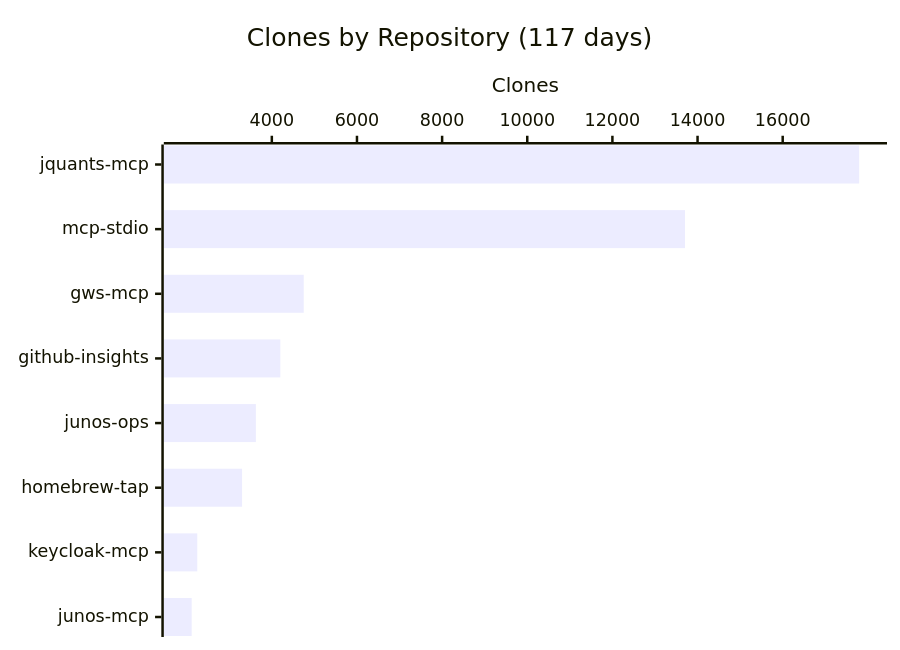
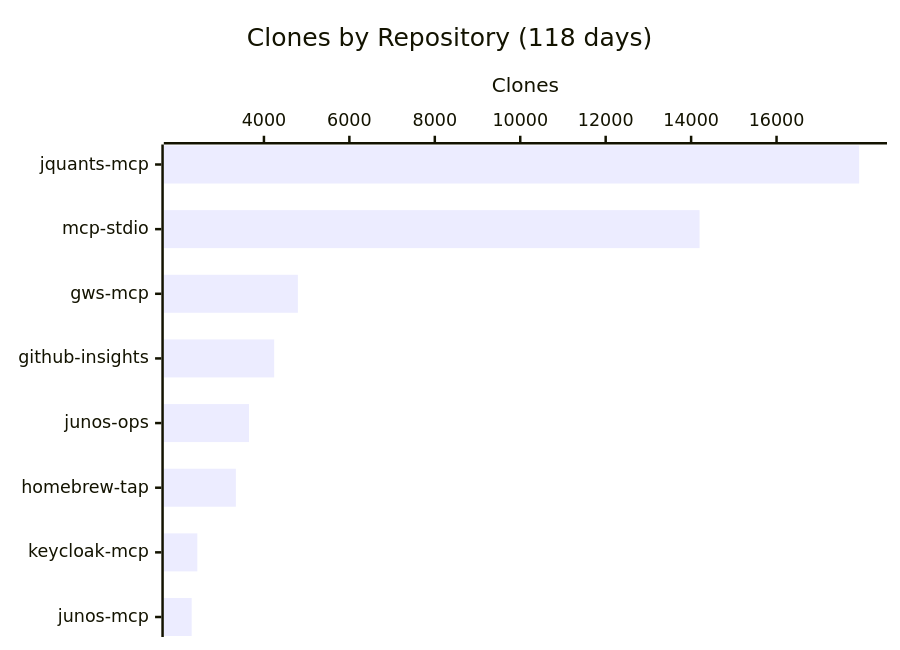
The fourth of 4 diagrams in README.md (shigechika/github-insights), drawn with Mermaid before and after one commit. The commit also changed other lines of this file and 2 other files, not shown here.

````diff
--- a/README.md
+++ b/README.md
@@ -58,7 +58,7 @@
 ```mermaid
 xychart-beta horizontal
-    title "Clones by Repository (117 days)"
+    title "Clones by Repository (118 days)"
     x-axis ["jquants-mcp", "mcp-stdio", "gws-mcp", "github-insights", "junos-ops", "homebrew-tap", "keycloak-mcp", "junos-mcp"]
     y-axis "Clones"
-    bar [17796, 13705, 4749, 4199, 3625, 3301, 2249, 2117]
+    bar [17934, 14198, 4794, 4240, 3650, 3343, 2441, 2308]
 ```
````
